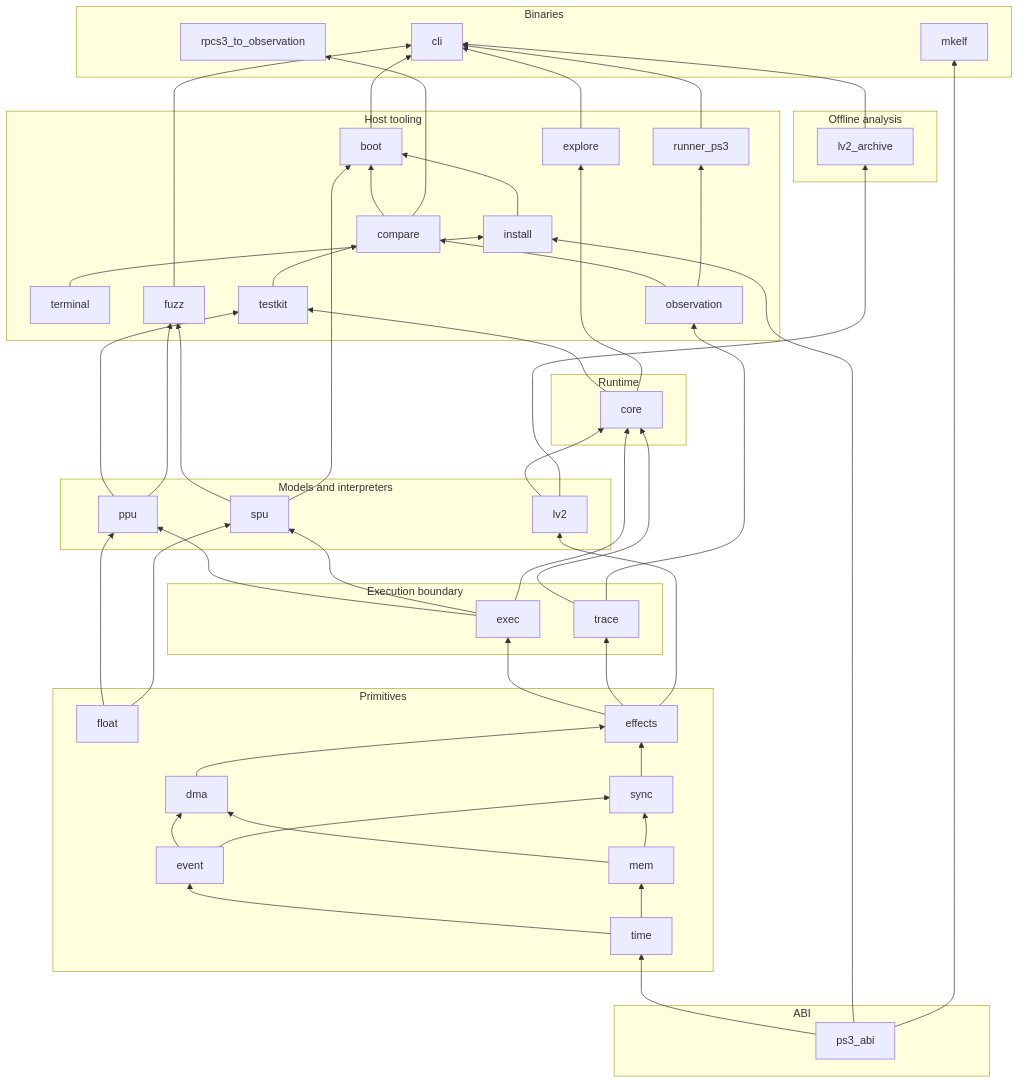
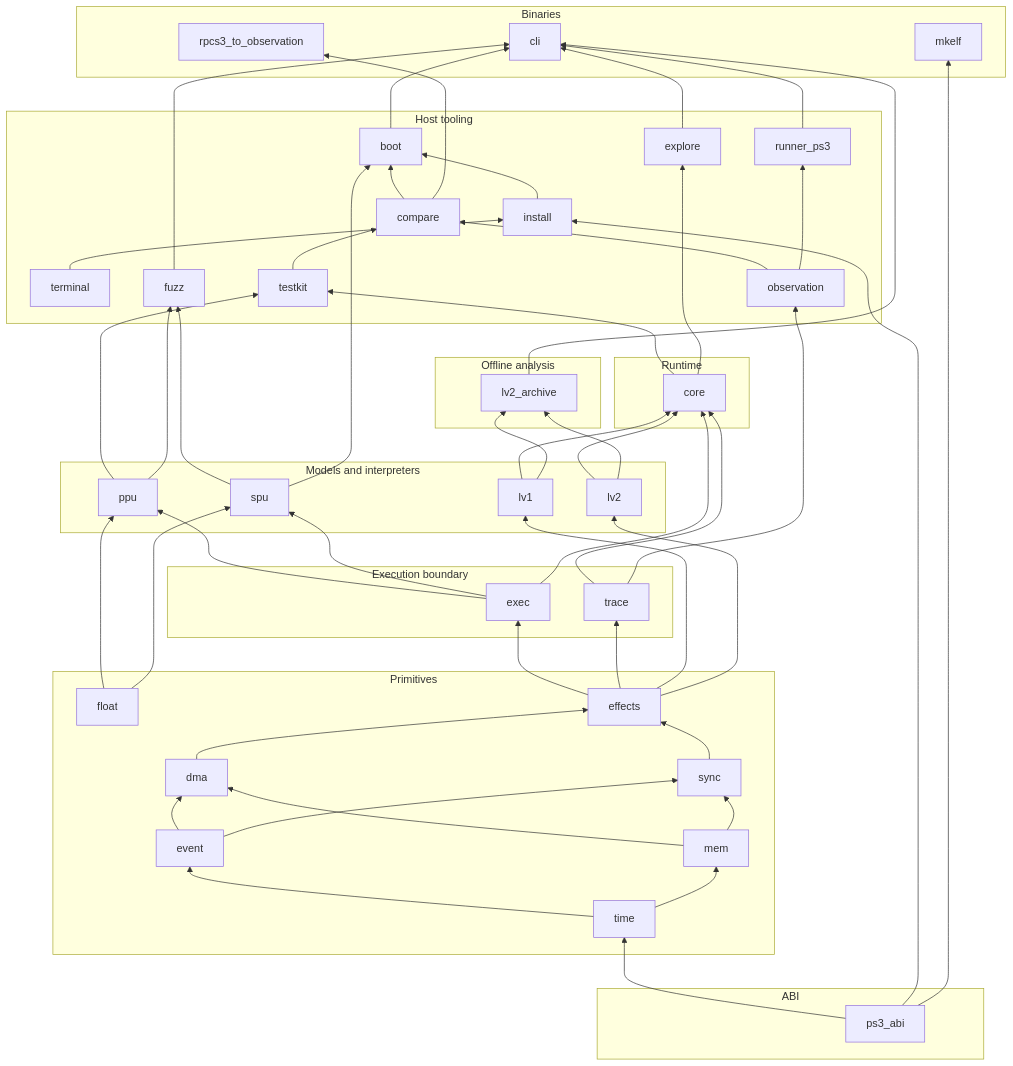
One commit to RoyalAce22/CellGov changed the diagram in docs/architecture/workspace.md. Above: the diagram before and after it, drawn with Mermaid. The commit also changed other lines of this file and 77 other files, not shown here.

````diff
--- a/docs/architecture/workspace.md
+++ b/docs/architecture/workspace.md
@@ -11,69 +11,72 @@
 ```mermaid
 graph BT
   subgraph ABI
     ps3_abi
   end
   subgraph Primitives
     time; float; event; mem; dma; sync; effects
   end
   subgraph Execution boundary
     exec; trace
   end
   subgraph Models and interpreters
-    lv2; ppu; spu
+    lv1; lv2; ppu; spu
   end
   subgraph Runtime
     core
   end
   subgraph Offline analysis
     lv2_archive
   end
   subgraph Host tooling
     terminal; testkit; observation; compare; explore; fuzz; install; runner_ps3; boot
   end
   subgraph Binaries
     cli; mkelf; rpcs3_to_observation
   end
 
   ps3_abi --> time
   time --> event
   time --> mem
   event --> dma
   mem --> dma
   event --> sync
   mem --> sync
   dma --> effects
   sync --> effects
   effects --> exec
   effects --> trace
+  effects --> lv1
   effects --> lv2
   exec --> ppu
   float --> ppu
   exec --> spu
   float --> spu
   exec --> core
+  lv1 --> core
   lv2 --> core
   trace --> core
+  lv1 --> lv2_archive
   lv2 --> lv2_archive
   core --> testkit
   ppu --> testkit
   trace --> observation
   observation --> compare
   testkit --> compare
   core --> explore
   ppu --> fuzz
   spu --> fuzz
   ps3_abi --> install
   terminal --> install
   observation --> runner_ps3
   compare --> boot
   install --> boot
   spu --> boot
   boot --> cli
   explore --> cli
   fuzz --> cli
   lv2_archive --> cli
   runner_ps3 --> cli
   ps3_abi --> mkelf
   compare --> rpcs3_to_observation
 ```
````
